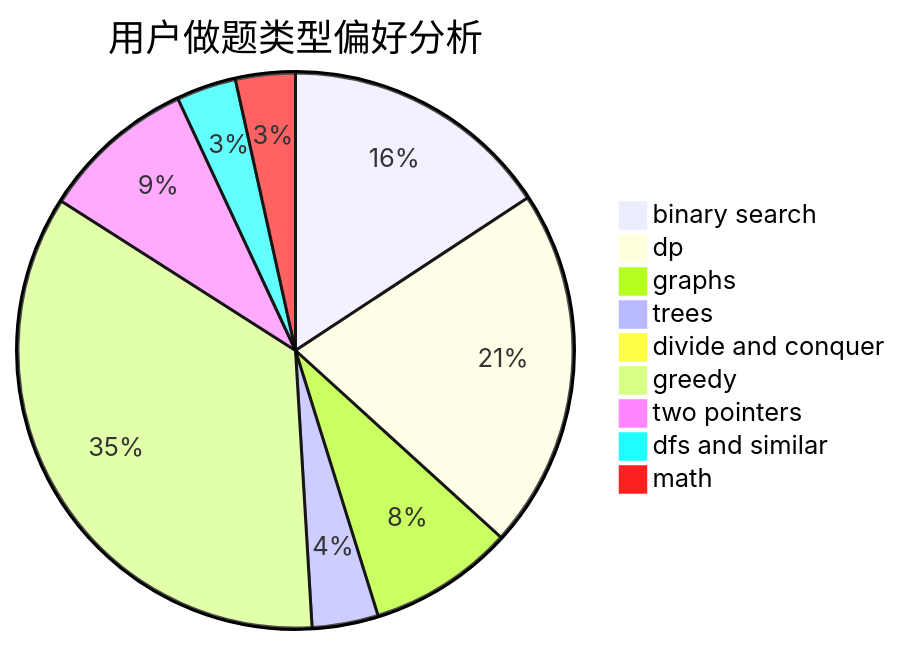
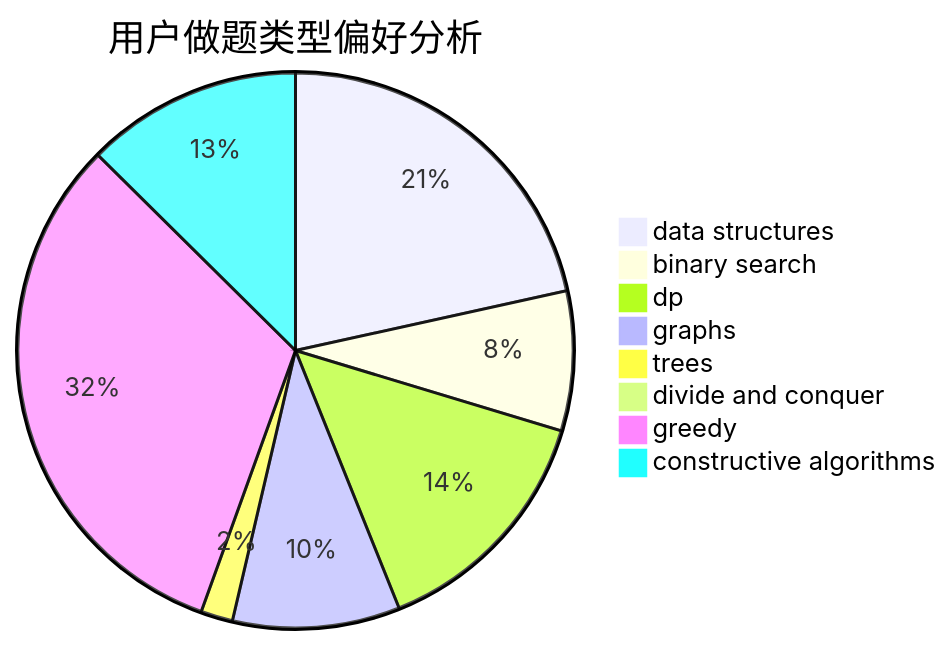
Before and after one commit to sherpahu/cfrs.github.io: the second of 3 diagrams in docs/user/u475.md, drawn with Mermaid. The commit also changed other lines of this file and 2775 other files, not shown here.

````diff
--- a/docs/user/u475.md
+++ b/docs/user/u475.md
@@ -23,12 +23,11 @@
 ```mermaid
 pie title 用户做题类型偏好分析
-    "binary search" :  421
-    "dp" :  562
-    "graphs" :  226
-    "trees" :  103
-    "divide and conquer" :  22
-    "greedy" :  936
-    "two pointers" :  241
-    "dfs and similar" :  93
-    "math" :  93
+    "data structures" :  416
+    "binary search" :  157
+    "dp" :  275
+    "graphs" :  188
+    "trees" :  36
+    "divide and conquer" :  12
+    "greedy" :  616
+    "constructive algorithms" :  243
 ```
````
